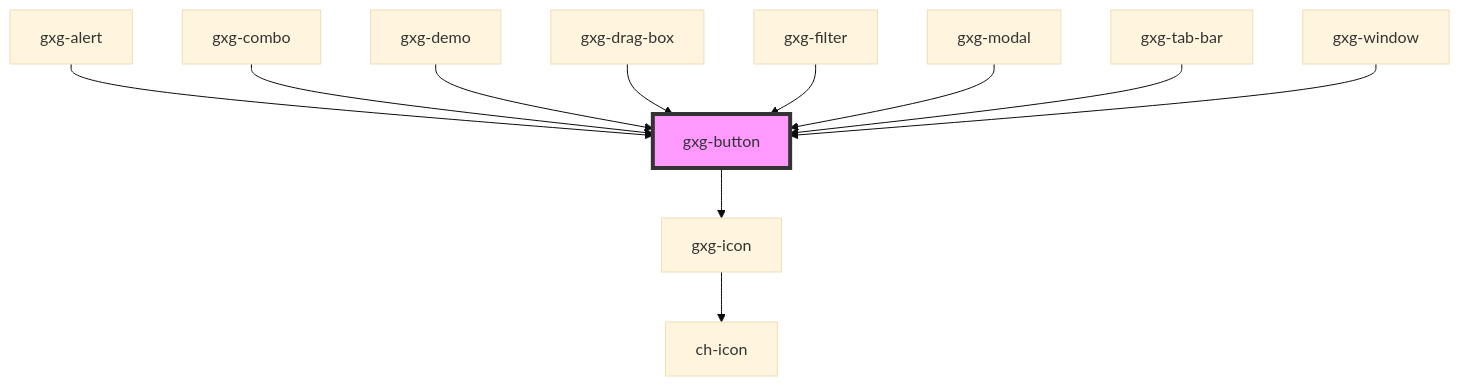
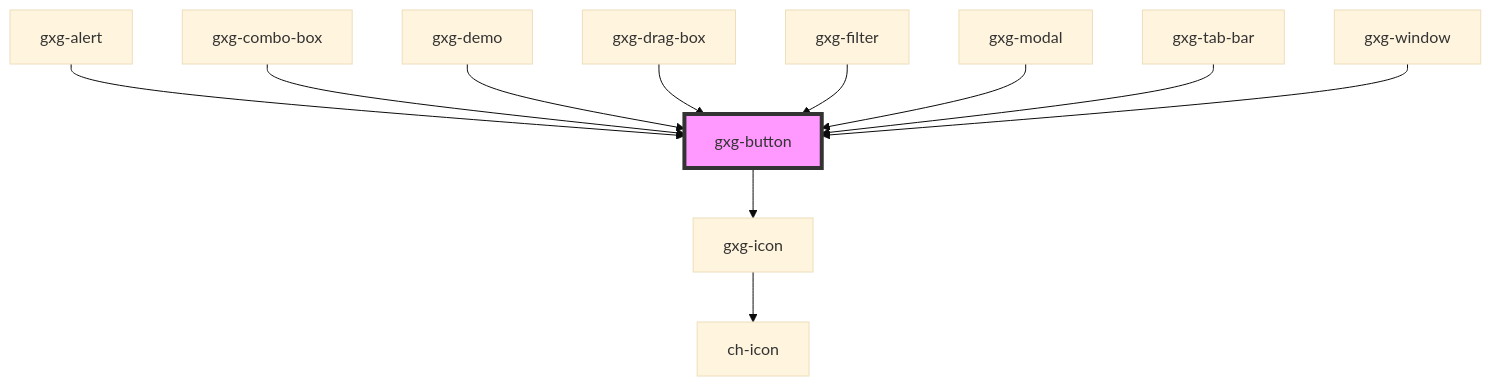
The diagram in src/components/button/readme.md (genexuslabs/gemini), drawn with Mermaid (base theme) before and after one commit. The commit also changed other lines of this file and 11 other files, not shown here.

````diff
--- a/src/components/button/readme.md
+++ b/src/components/button/readme.md
@@ -58,14 +58,14 @@
 ```mermaid
 graph TD;
   gxg-button --> gxg-icon
   gxg-icon --> ch-icon
   gxg-alert --> gxg-button
-  gxg-combo --> gxg-button
+  gxg-combo-box --> gxg-button
   gxg-demo --> gxg-button
   gxg-drag-box --> gxg-button
   gxg-filter --> gxg-button
   gxg-modal --> gxg-button
   gxg-tab-bar --> gxg-button
   gxg-window --> gxg-button
   style gxg-button fill:#f9f,stroke:#333,stroke-width:4px
 ```
````
